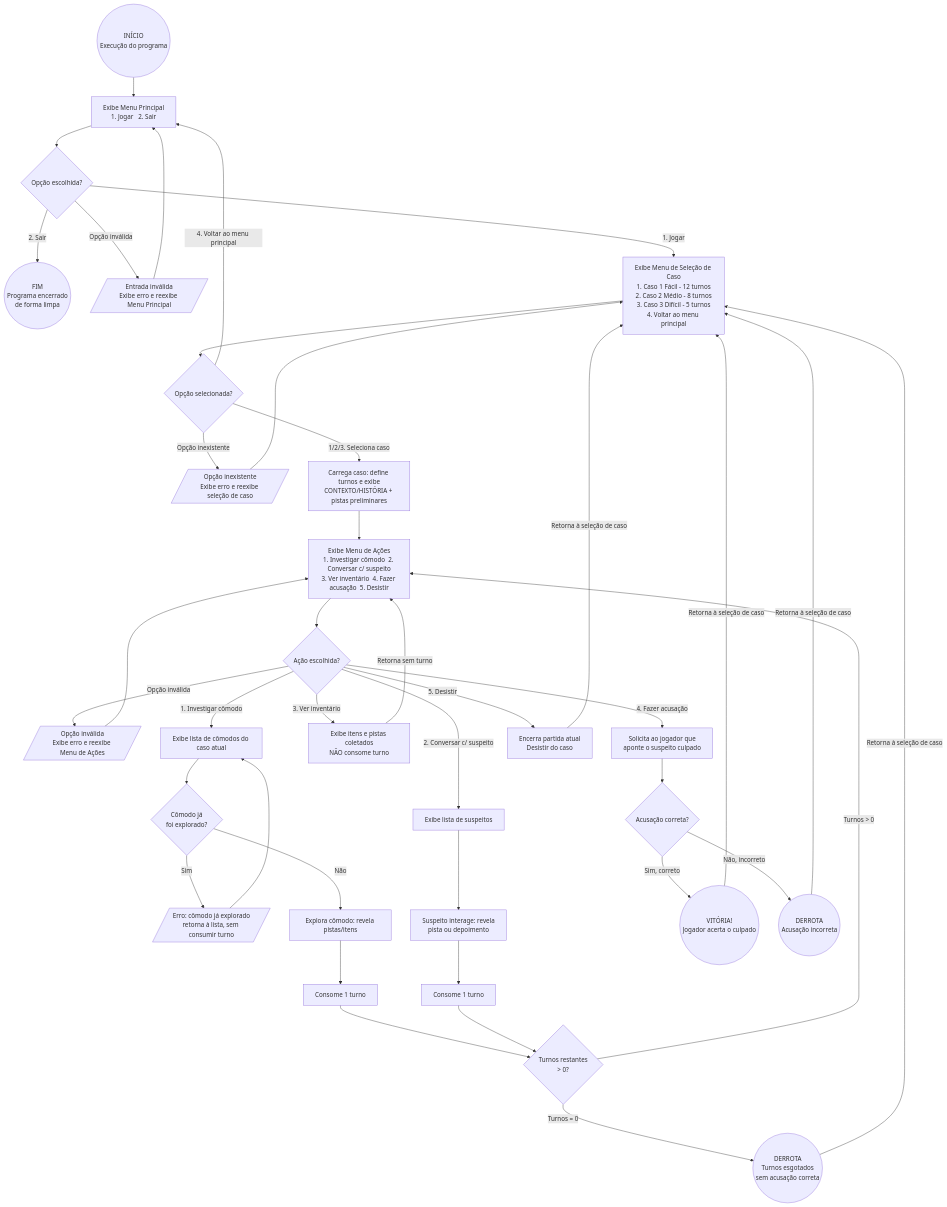
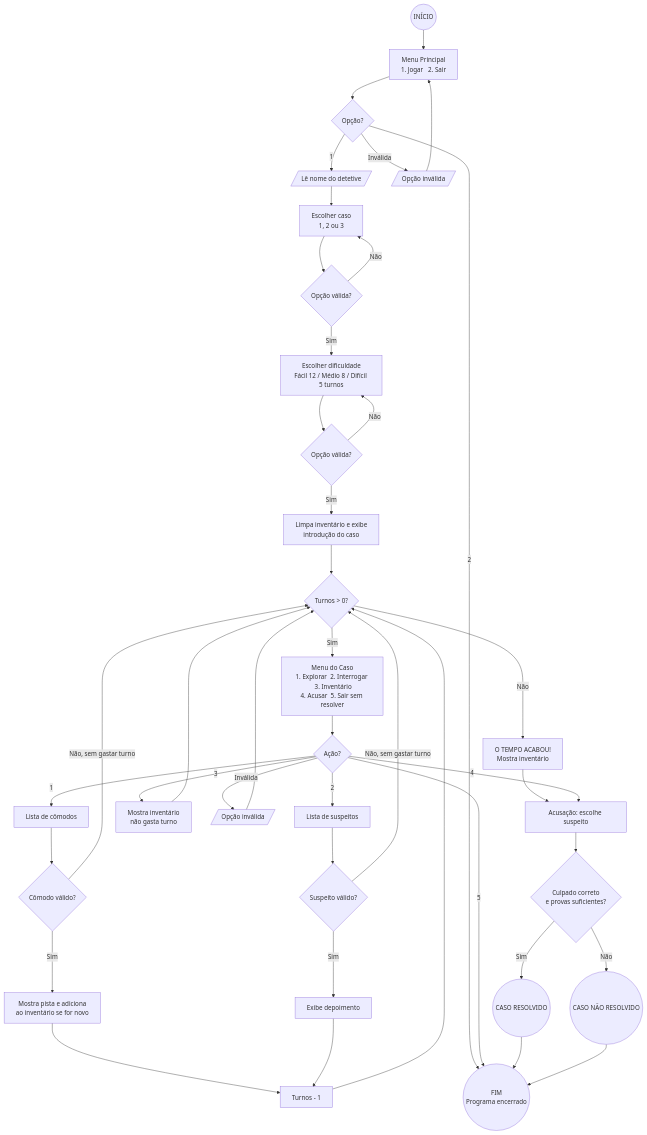
Before and after one commit to Laverdii/Trabalho-Dacio: the diagram in README.md, drawn with Mermaid. The commit also changed other lines of this file, not shown here.

Commit message:
Revise README with improved clarity and structure
Updated project description and usage flow in README.

````diff
--- a/README.md
+++ b/README.md
@@ -42,76 +50,67 @@
 ```mermaid
 flowchart TD
-    n1((INÍCIO<br/>Execução do programa))
-    n2[Exibe Menu Principal<br/>1. Jogar &nbsp;&nbsp;2. Sair]
-    n3{Opção escolhida?}
-    n4((FIM<br/>Programa encerrado<br/>de forma limpa))
-    errMain[/Entrada inválida<br/>Exibe erro e reexibe Menu Principal/]
+    n1((INÍCIO))
+    n2[Menu Principal<br/>1. Jogar &nbsp;&nbsp;2. Sair]
+    n3{Opção?}
+    nFim((FIM<br/>Programa encerrado))
 
-    n5[Exibe Menu de Seleção de Caso<br/>1. Caso 1 Fácil - 12 turnos<br/>2. Caso 2 Médio - 8 turnos<br/>3. Caso 3 Difícil - 5 turnos<br/>4. Voltar ao menu principal]
-    n6{Opção selecionada?}
-    errCase[/Opção inexistente<br/>Exibe erro e reexibe seleção de caso/]
+    n4[/Lê nome do detetive/]
+    n5[Escolher caso<br/>1, 2 ou 3]
+    n5v{Opção válida?}
+    n6[Escolher dificuldade<br/>Fácil 12 / Médio 8 / Difícil 5 turnos]
+    n6v{Opção válida?}
+    n7[Limpa inventário e exibe<br/>introdução do caso]
 
-    n7[Carrega caso: define turnos e exibe<br/>CONTEXTO/HISTÓRIA + pistas preliminares]
-    n8[Exibe Menu de Ações<br/>1. Investigar cômodo &nbsp;2. Conversar c/ suspeito<br/>3. Ver inventário &nbsp;4. Fazer acusação &nbsp;5. Desistir]
-    n9{Ação escolhida?}
-    errAction[/Opção inválida<br/>Exibe erro e reexibe Menu de Ações/]
+    n8{Turnos > 0?}
+    n9[Menu do Caso<br/>1. Explorar &nbsp;2. Interrogar &nbsp;3. Inventário<br/>4. Acusar &nbsp;5. Sair sem resolver]
+    n10{Ação?}
 
-    n10[Exibe lista de cômodos do caso atual]
-    n11{Cômodo já<br/>foi explorado?}
-    n12[/Erro: cômodo já explorado<br/>retorna à lista, sem consumir turno/]
-    n13[Explora cômodo: revela pistas/itens]
-    n14[Consome 1 turno]
+    n11[Lista de cômodos]
+    n11v{Cômodo válido?}
+    n12[Mostra pista e adiciona<br/>ao inventário se for novo]
+    n13[Turnos - 1]
 
-    n18[Exibe lista de suspeitos]
-    n19[Suspeito interage: revela<br/>pista ou depoimento]
-    n20[Consome 1 turno]
+    n14[Lista de suspeitos]
+    n14v{Suspeito válido?}
+    n15[Exibe depoimento]
 
-    n21[Exibe itens e pistas coletados<br/>NÃO consome turno]
+    n16[Mostra inventário<br/>não gasta turno]
+    n17[/Opção inválida/]
 
-    n15{Turnos restantes<br/>> 0?}
-    n16((DERROTA<br/>Turnos esgotados<br/>sem acusação correta))
-
-    n22[Solicita ao jogador que<br/>aponte o suspeito culpado]
-    n23{Acusação correta?}
-    n24((VITÓRIA!<br/>Jogador acerta o culpado))
-    n25((DERROTA<br/>Acusação incorreta))
-    n26[Encerra partida atual<br/>Desistir do caso]
+    nTempo[O TEMPO ACABOU!<br/>Mostra inventário]
+    n18[Acusação: escolhe suspeito]
+    n19{Culpado correto<br/>e provas suficientes?}
+    n20((CASO RESOLVIDO))
+    n21((CASO NÃO RESOLVIDO))
 
     n1 --> n2 --> n3
-    n3 -->|1. Jogar| n5
-    n3 -->|2. Sair| n4
-    n3 -->|Opção inválida| errMain --> n2
+    n3 -->|1| n4
+    n3 -->|2| nFim
+    n3 -->|Inválida| nErr[/Opção inválida/] --> n2
 
-    n5 --> n6
-    n6 -->|1/2/3. Seleciona caso| n7
-    n6 -->|4. Voltar ao menu principal| n2
-    n6 -->|Opção inexistente| errCase --> n5
+    n4 --> n5 --> n5v
+    n5v -->|Não| n5
+    n5v -->|Sim| n6 --> n6v
+    n6v -->|Não| n6
+    n6v -->|Sim| n7 --> n8
 
-    n7 --> n8 --> n9
+    n8 -->|Sim| n9 --> n10
+    n8 -->|Não| nTempo --> n18
 
-    n9 -->|1. Investigar cômodo| n10
-    n9 -->|2. Conversar c/ suspeito| n18
-    n9 -->|3. Ver inventário| n21
-    n9 -->|4. Fazer acusação| n22
-    n9 -->|5. Desistir| n26
-    n9 -->|Opção inválida| errAction --> n8
+    n10 -->|1| n11 --> n11v
+    n11v -->|Sim| n12 --> n13
+    n11v -->|Não, sem gastar turno| n8
+    n10 -->|2| n14 --> n14v
+    n14v -->|Sim| n15 --> n13
+    n14v -->|Não, sem gastar turno| n8
+    n13 --> n8
 
-    n10 --> n11
-    n11 -->|Sim| n12 --> n10
-    n11 -->|Não| n13 --> n14 --> n15
+    n10 -->|3| n16 --> n8
+    n10 -->|4| n18
+    n10 -->|5| nFim
+    n10 -->|Inválida| n17 --> n8
 
-    n18 --> n19 --> n20 --> n15
-
-    n21 -->|Retorna sem turno| n8
-
-    n15 -->|Turnos = 0| n16
-    n15 -->|Turnos > 0| n8
-    n16 -->|Retorna à seleção de caso| n5
-
-    n22 --> n23
-    n23 -->|Sim, correto| n24
-    n23 -->|Não, incorreto| n25
-    n24 -->|Retorna à seleção de caso| n5
-    n25 -->|Retorna à seleção de caso| n5
-    n26 -->|Retorna à seleção de caso| n5
+    n18 --> n19
+    n19 -->|Sim| n20 --> nFim
+    n19 -->|Não| n21 --> nFim
 ```
````
